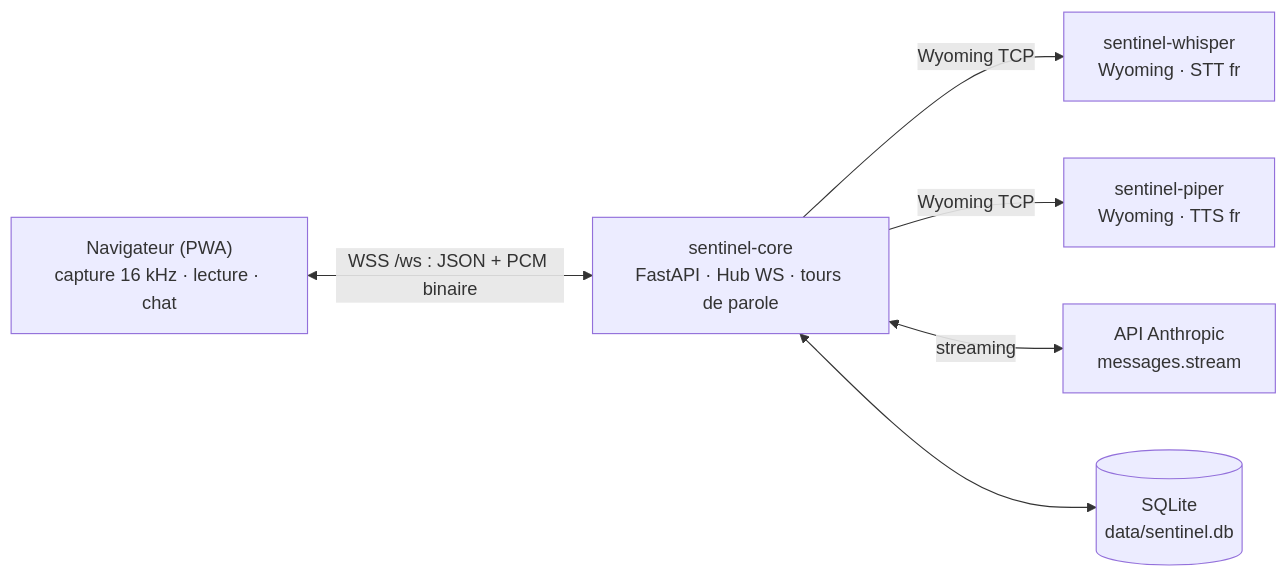
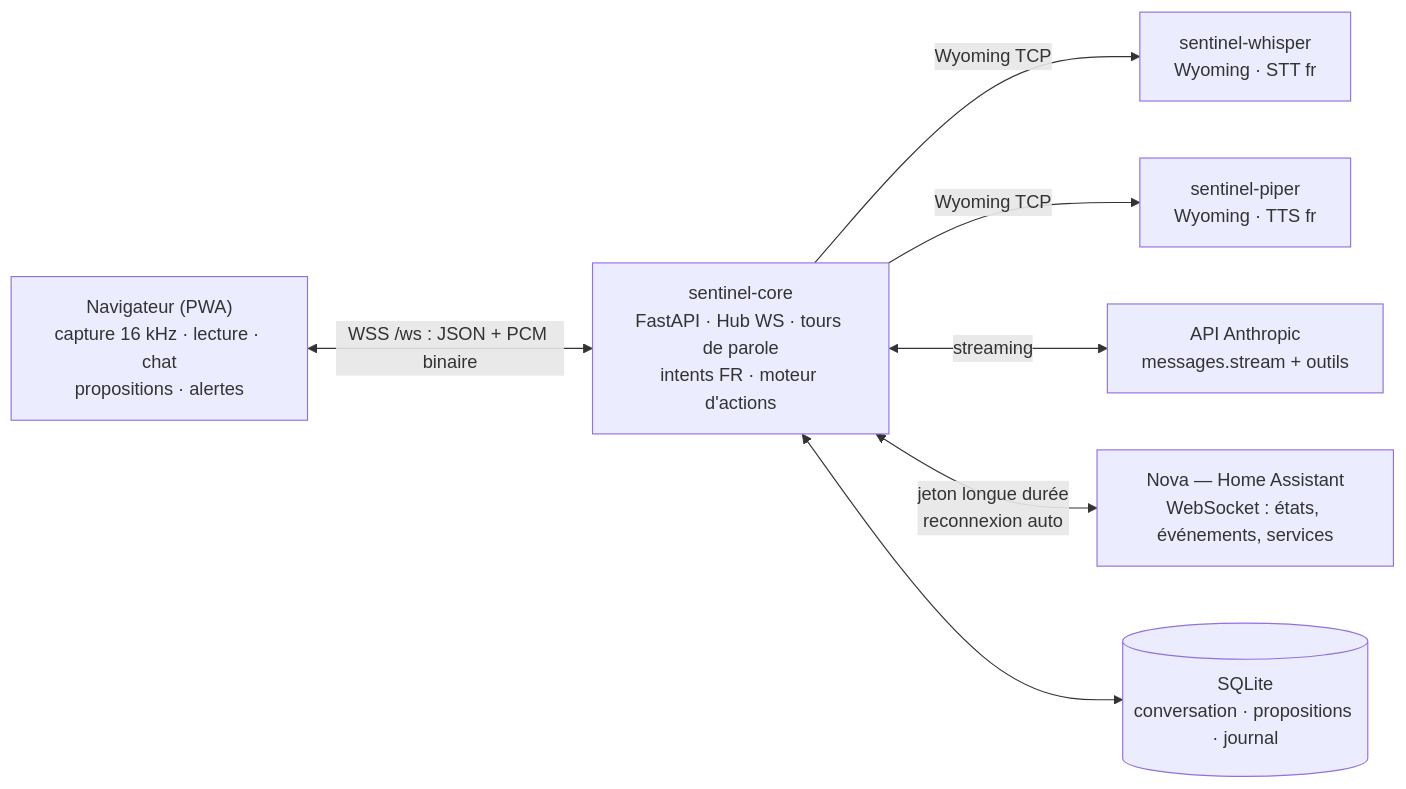
The first of 2 diagrams in docs/ARCHITECTURE.md (Guillaume-Alard/Home-Assistant), drawn with Mermaid before and after one commit. The commit also changed other lines of this file and 37 other files, not shown here.

````diff
--- a/docs/ARCHITECTURE.md
+++ b/docs/ARCHITECTURE.md
@@ -8,15 +8,17 @@
 ```mermaid
 flowchart LR
-    B["Navigateur (PWA)<br/>capture 16 kHz · lecture · chat"]
-    C["sentinel-core<br/>FastAPI · Hub WS · tours de parole"]
+    B["Navigateur (PWA)<br/>capture 16 kHz · lecture · chat<br/>propositions · alertes"]
+    C["sentinel-core<br/>FastAPI · Hub WS · tours de parole<br/>intents FR · moteur d'actions"]
     W["sentinel-whisper<br/>Wyoming · STT fr"]
     P["sentinel-piper<br/>Wyoming · TTS fr"]
-    A["API Anthropic<br/>messages.stream"]
-    D[("SQLite<br/>data/sentinel.db")]
+    A["API Anthropic<br/>messages.stream + outils"]
+    N["Nova — Home Assistant<br/>WebSocket : états, événements, services"]
+    D[("SQLite<br/>conversation · propositions · journal")]
 
     B <-->|"WSS /ws : JSON + PCM binaire"| C
     C -->|Wyoming TCP| W
     C -->|Wyoming TCP| P
     C <-->|streaming| A
+    C <-->|"jeton longue durée<br/>reconnexion auto"| N
     C <--> D
 ```
````
